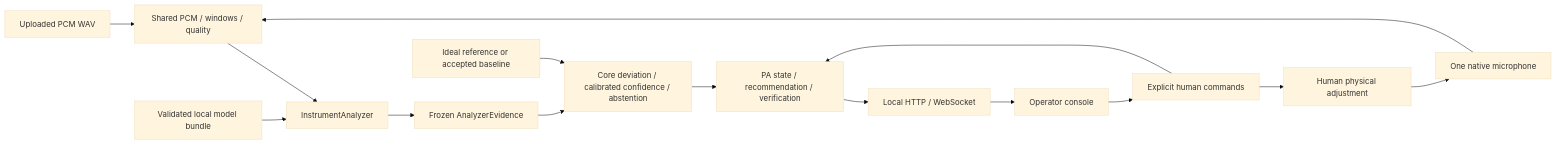
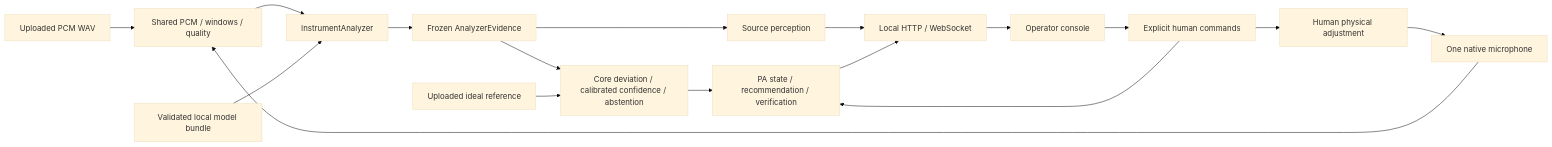
Before and after one commit to YuTingChen0502/MeiChuHackthon26: the diagram in README.md, drawn with Mermaid (base theme). The commit also changed other lines of this file, not shown here.

Commit message:
Document Live reference perception and separate action confidence

````diff
--- a/README.md
+++ b/README.md
@@ -26,17 +27,19 @@
 ```mermaid
 flowchart LR
     F[Uploaded PCM WAV] --> P[Shared PCM / windows / quality]
     M[One native microphone] --> P
     P --> A[InstrumentAnalyzer]
     B[Validated local model bundle] --> A
     A --> E[Frozen AnalyzerEvidence]
     E --> C[Core deviation / calibrated confidence / abstention]
-    R[Ideal reference or accepted baseline] --> C
+    R[Uploaded ideal reference] --> C
+    E --> PS[Source perception]
+    PS --> API
     C --> PA[PA state / recommendation / verification]
     PA --> API[Local HTTP / WebSocket]
     API --> UI[Operator console]
     UI --> H[Explicit human commands]
     H --> PA
     H --> ADJ[Human physical adjustment]
     ADJ --> M
 ```
````
